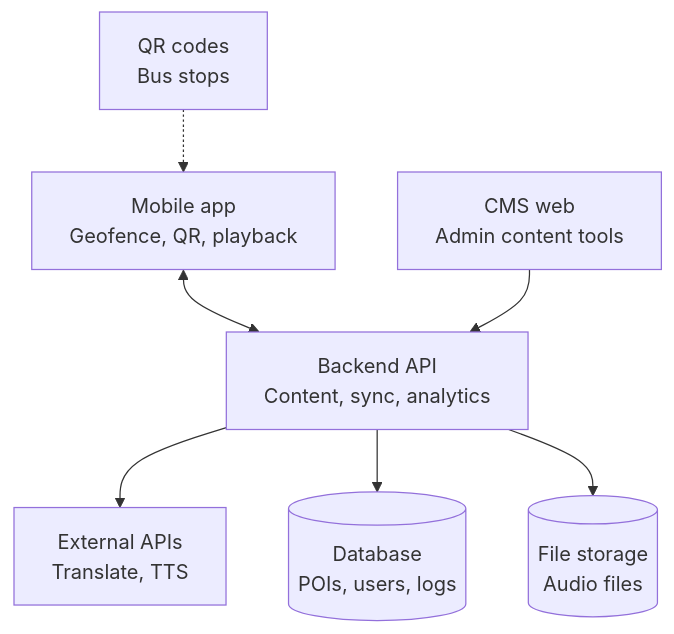
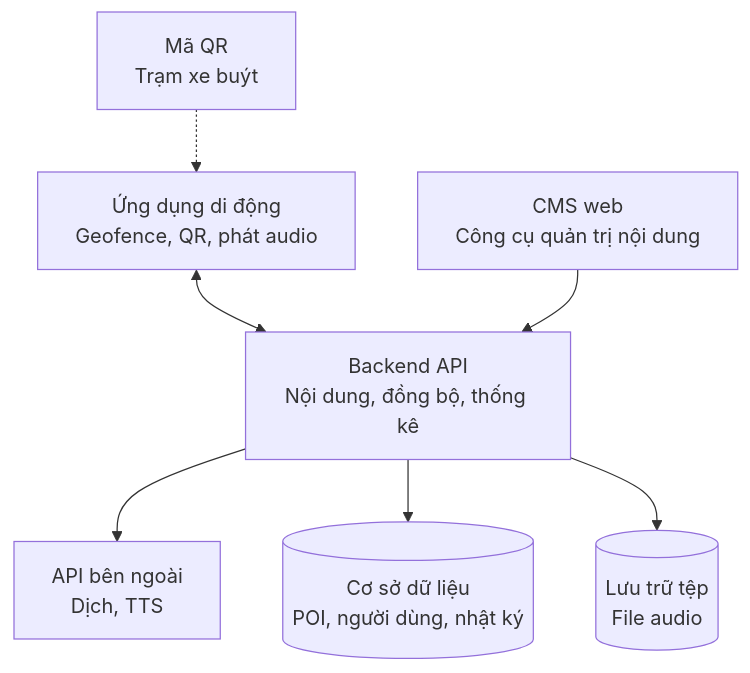
One commit to AiraLeFatale/CongNghePhanMem_Project changed the first of 6 diagrams in README.md. Above: the diagram before and after it, drawn with Mermaid. The commit also changed other lines of this file and 11 other files, not shown here.

````diff
--- a/README.md
+++ b/README.md
@@ -45,17 +47,17 @@
 ```mermaid
 flowchart TB
-    QR["QR codes<br/>Bus stops"]
-    MOBILE["Mobile app<br/>Geofence, QR, playback"]
-    CMS["CMS web<br/>Admin content tools"]
-    BACKEND["Backend API<br/>Content, sync, analytics"]
-    EXT["External APIs<br/>Translate, TTS"]
-    DB[("Database<br/>POIs, users, logs")]
-    FS[("File storage<br/>Audio files")]
+    QR["Mã QR<br/>Trạm xe buýt"]
+    MOBILE["Ứng dụng di động<br/>Geofence, QR, phát audio"]
+    CMS["CMS web<br/>Công cụ quản trị nội dung"]
+    BACKEND["Backend API<br/>Nội dung, đồng bộ, thống kê"]
+    EXT["API bên ngoài<br/>Dịch, TTS"]
+    DB[("Cơ sở dữ liệu<br/>POI, người dùng, nhật ký")]
+    FS[("Lưu trữ tệp<br/>File audio")]
 
     QR -.-> MOBILE
     MOBILE <--> BACKEND
     CMS --> BACKEND
     BACKEND --> EXT
     BACKEND --> DB
     BACKEND --> FS
 ```
````
